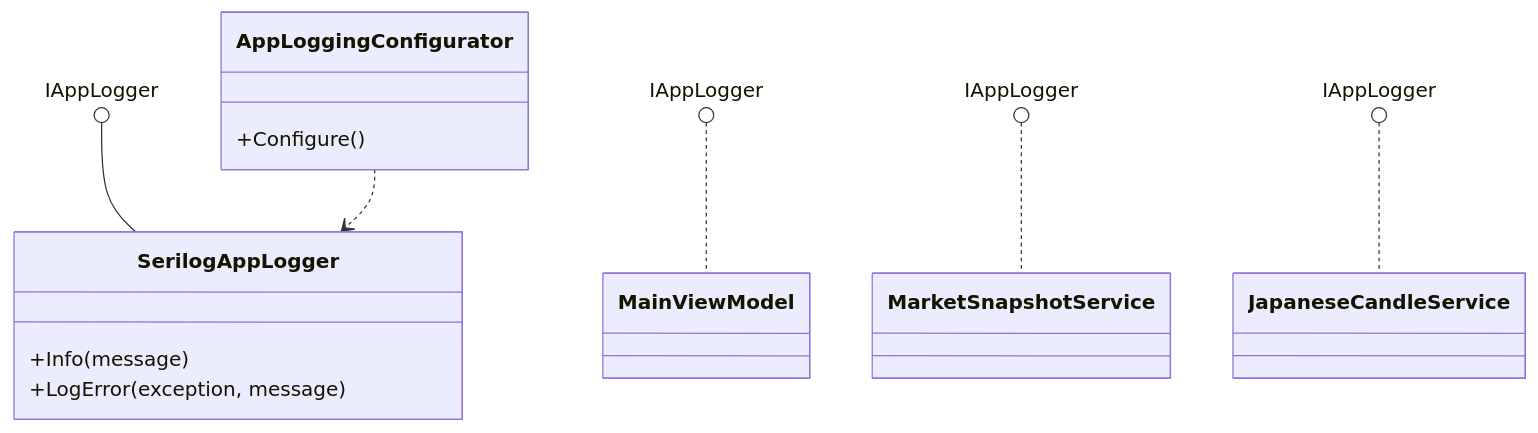
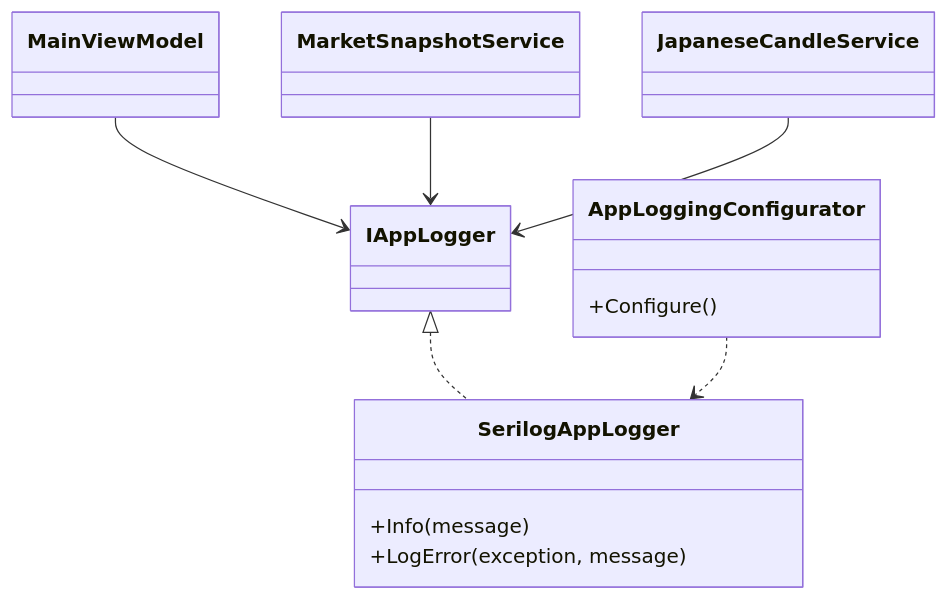
One commit to yankee2023/market_monitor changed diagram 21 of 29 in docs/DESIGN.md. Above: the diagram before and after it, drawn with Mermaid. The commit also changed other lines of this file and 9 other files, not shown here.

````diff
--- a/docs/DESIGN.md
+++ b/docs/DESIGN.md
@@ -796,19 +1034,19 @@
 ```mermaid
 classDiagram
     class AppLoggingConfigurator {
         +Configure()
     }
     class SerilogAppLogger {
         +Info(message)
         +LogError(exception, message)
     }
     class MainViewModel
     class MarketSnapshotService
     class JapaneseCandleService
 
-    IAppLogger ()-- SerilogAppLogger
+    IAppLogger <|.. SerilogAppLogger
     AppLoggingConfigurator ..> SerilogAppLogger
-    IAppLogger ().. MainViewModel
-    IAppLogger ().. MarketSnapshotService
-    IAppLogger ().. JapaneseCandleService
+    MainViewModel --> IAppLogger
+    MarketSnapshotService --> IAppLogger
+    JapaneseCandleService --> IAppLogger
 ```
````
